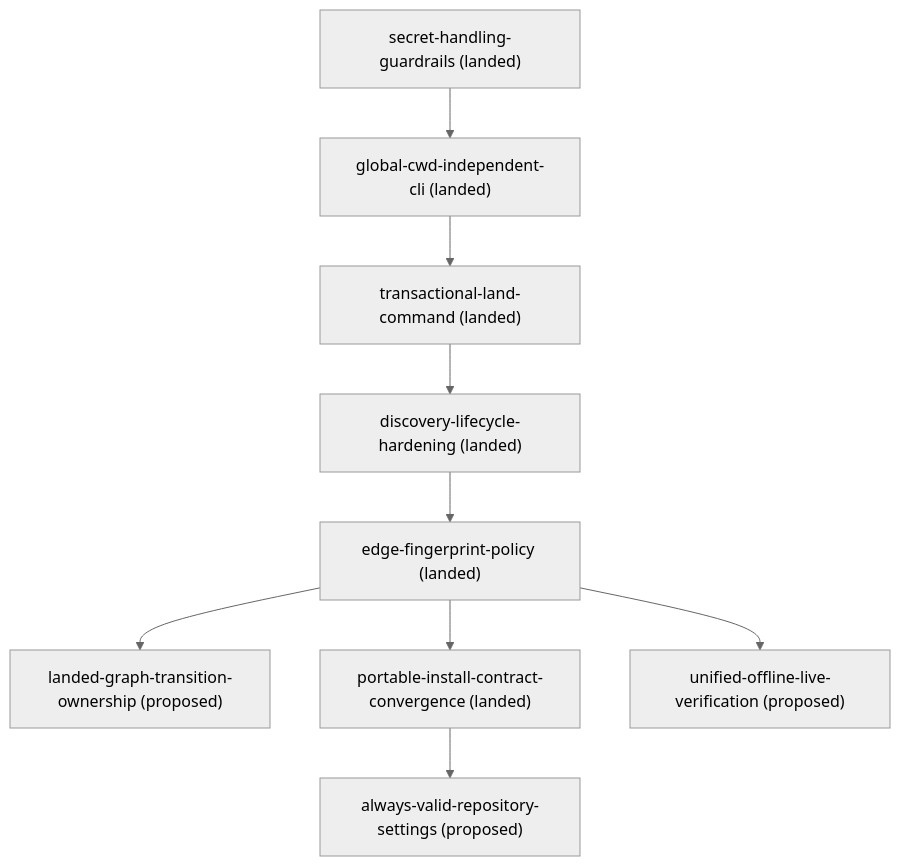
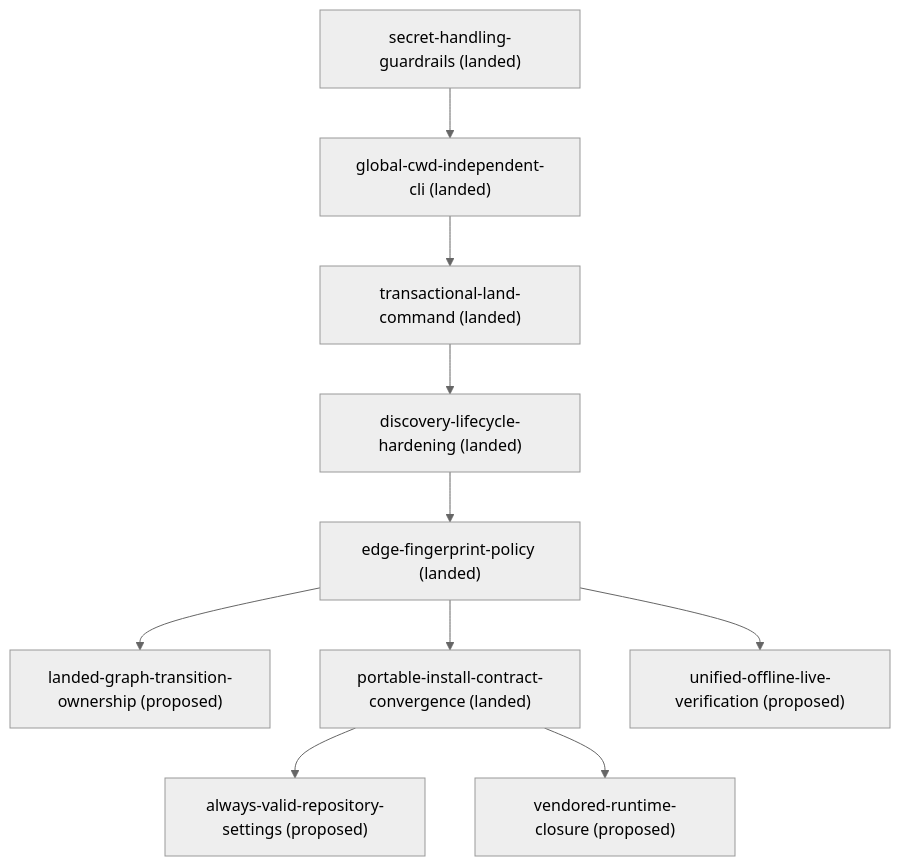
One commit to kli66/doc-contract changed the diagram in docs/roadmap.md. Above: the diagram before and after it, drawn with Mermaid (neutral theme). The commit also changed other lines of this file and 1 other file, not shown here.

Commit message:
docs: propose vendored runtime closure

````diff
--- a/docs/roadmap.md
+++ b/docs/roadmap.md
@@ -38,20 +41,22 @@
 ```mermaid
 flowchart TD
     always_valid_repository_settings["always-valid-repository-settings (proposed)"]
     discovery_lifecycle_hardening["discovery-lifecycle-hardening (landed)"]
     edge_fingerprint_policy["edge-fingerprint-policy (landed)"]
     global_cwd_independent_cli["global-cwd-independent-cli (landed)"]
     landed_graph_transition_ownership["landed-graph-transition-ownership (proposed)"]
     portable_install_contract_convergence["portable-install-contract-convergence (landed)"]
     secret_handling_guardrails["secret-handling-guardrails (landed)"]
     transactional_land_command["transactional-land-command (landed)"]
     unified_offline_live_verification["unified-offline-live-verification (proposed)"]
+    vendored_runtime_closure["vendored-runtime-closure (proposed)"]
     discovery_lifecycle_hardening --> edge_fingerprint_policy
     edge_fingerprint_policy --> landed_graph_transition_ownership
     edge_fingerprint_policy --> portable_install_contract_convergence
     edge_fingerprint_policy --> unified_offline_live_verification
     global_cwd_independent_cli --> transactional_land_command
     portable_install_contract_convergence --> always_valid_repository_settings
+    portable_install_contract_convergence --> vendored_runtime_closure
     secret_handling_guardrails --> global_cwd_independent_cli
     transactional_land_command --> discovery_lifecycle_hardening
 ```
````
